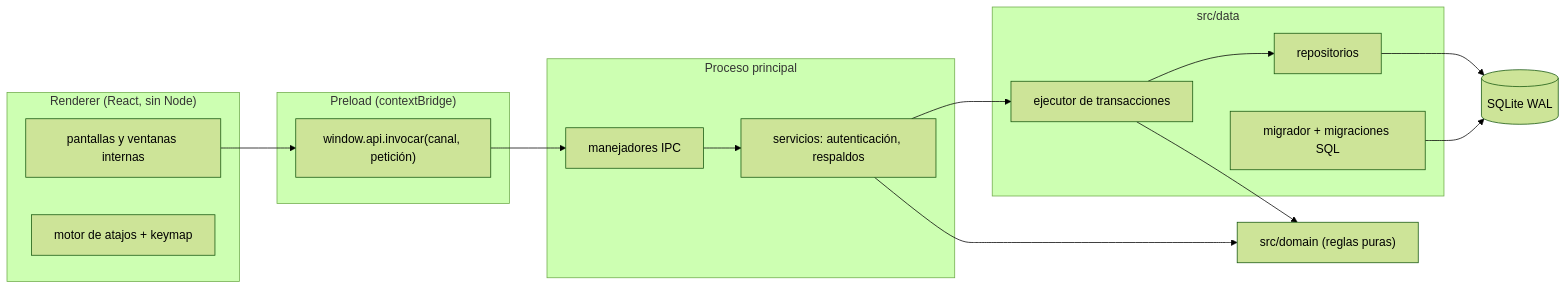
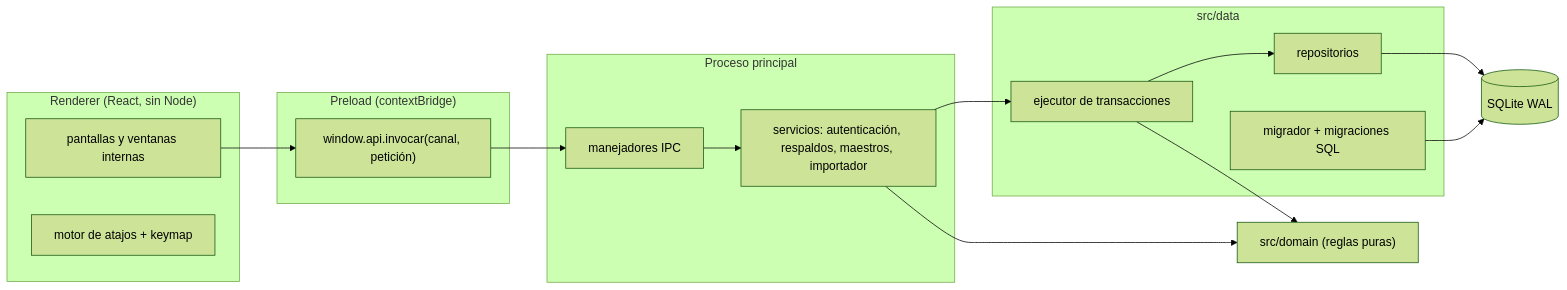
One commit to gabriel2090/saas changed the first of 4 diagrams in docs/ARQUITECTURA.md. Above: the diagram before and after it, drawn with Mermaid (forest theme). The commit also changed other lines of this file and 2 other files, not shown here.

````diff
--- a/docs/ARQUITECTURA.md
+++ b/docs/ARQUITECTURA.md
@@ -7,25 +7,25 @@
 ```mermaid
 flowchart LR
   subgraph Renderer["Renderer (React, sin Node)"]
     UI[pantallas y ventanas internas]
     AT[motor de atajos + keymap]
   end
   subgraph Preload["Preload (contextBridge)"]
     API["window.api.invocar(canal, petición)"]
   end
   subgraph Main["Proceso principal"]
     IPC[manejadores IPC]
-    SRV[servicios: autenticación, respaldos]
+    SRV[servicios: autenticación, respaldos, maestros, importador]
   end
   subgraph Data["src/data"]
     TX[ejecutor de transacciones]
     REP[repositorios]
     MIG[migrador + migraciones SQL]
   end
   DOM["src/domain (reglas puras)"]
   DB[(SQLite WAL)]
   UI --> API --> IPC --> SRV --> TX --> REP --> DB
   SRV --> DOM
   TX --> DOM
   MIG --> DB
 ```
````
